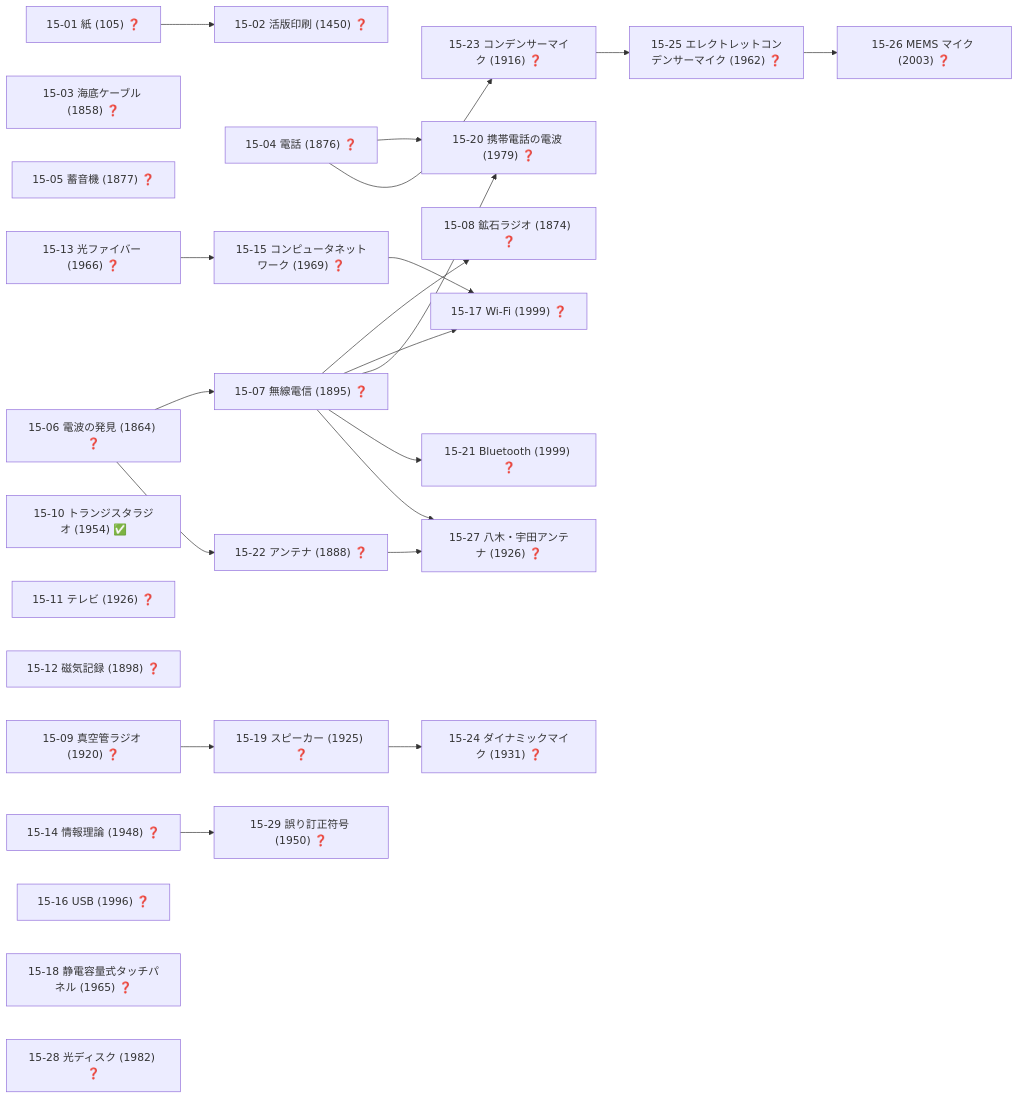
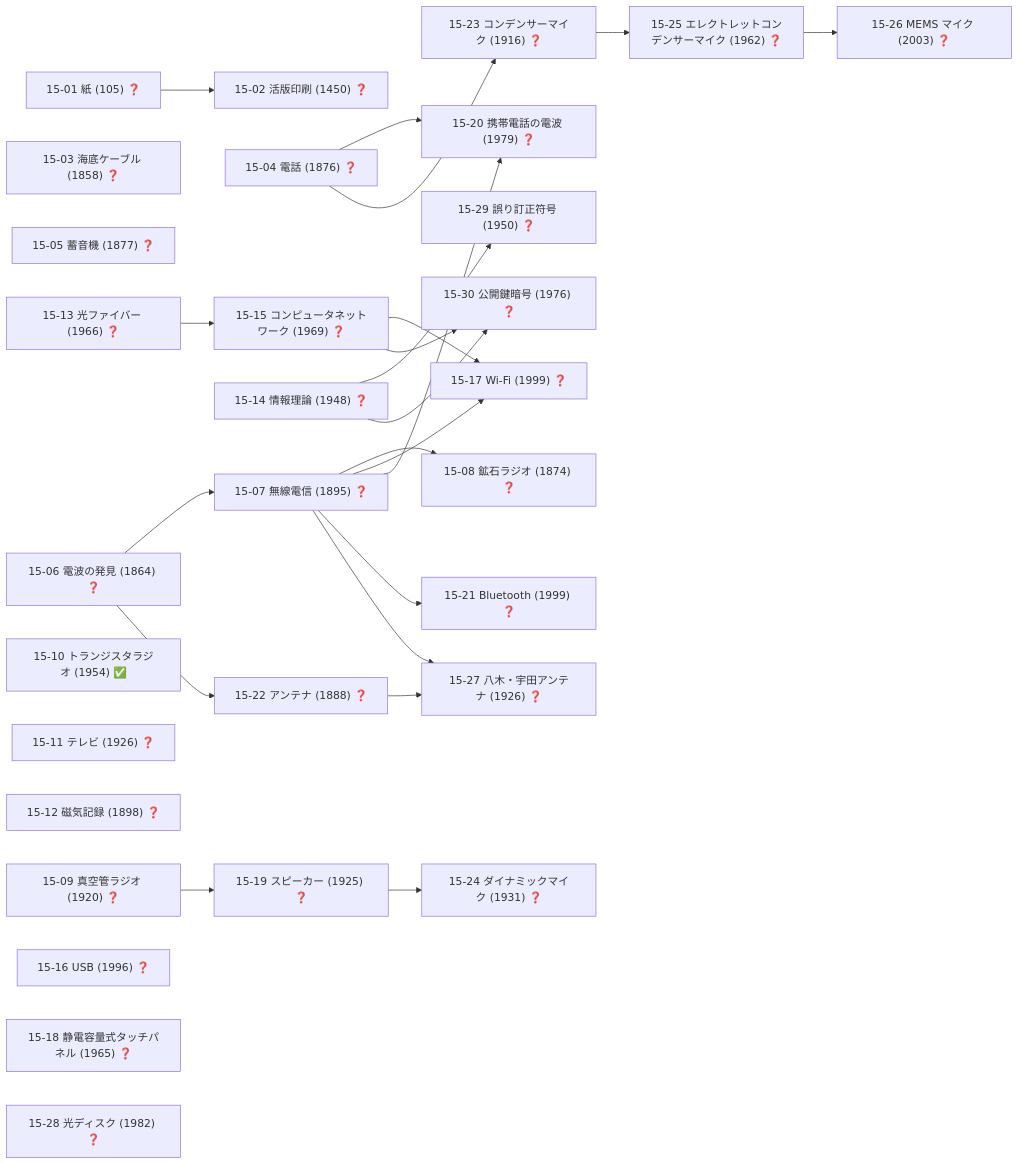
Before and after one commit to taku3i0317-collab/semiconductor-lab: diagram 18 of 19 in docs/TECH_TREE_VIEW.md, drawn with Mermaid. The commit also changed other lines of this file and 6 other files, not shown here.

````diff
--- a/docs/TECH_TREE_VIEW.md
+++ b/docs/TECH_TREE_VIEW.md
@@ -940,50 +941,53 @@
 ```mermaid
 graph LR
   n15_01["15-01 紙 (105) ❓"]
   n15_02["15-02 活版印刷 (1450) ❓"]
   n15_03["15-03 海底ケーブル (1858) ❓"]
   n15_04["15-04 電話 (1876) ❓"]
   n15_05["15-05 蓄音機 (1877) ❓"]
   n15_06["15-06 電波の発見 (1864) ❓"]
   n15_07["15-07 無線電信 (1895) ❓"]
   n15_08["15-08 鉱石ラジオ (1874) ❓"]
   n15_09["15-09 真空管ラジオ (1920) ❓"]
   n15_10["15-10 トランジスタラジオ (1954) ✅"]
   n15_11["15-11 テレビ (1926) ❓"]
   n15_12["15-12 磁気記録 (1898) ❓"]
   n15_13["15-13 光ファイバー (1966) ❓"]
   n15_14["15-14 情報理論 (1948) ❓"]
   n15_15["15-15 コンピュータネットワーク (1969) ❓"]
   n15_16["15-16 USB (1996) ❓"]
   n15_17["15-17 Wi-Fi (1999) ❓"]
   n15_18["15-18 静電容量式タッチパネル (1965) ❓"]
   n15_19["15-19 スピーカー (1925) ❓"]
   n15_20["15-20 携帯電話の電波 (1979) ❓"]
   n15_21["15-21 Bluetooth (1999) ❓"]
   n15_22["15-22 アンテナ (1888) ❓"]
   n15_23["15-23 コンデンサーマイク (1916) ❓"]
   n15_24["15-24 ダイナミックマイク (1931) ❓"]
   n15_25["15-25 エレクトレットコンデンサーマイク (1962) ❓"]
   n15_26["15-26 MEMS マイク (2003) ❓"]
   n15_27["15-27 八木・宇田アンテナ (1926) ❓"]
   n15_28["15-28 光ディスク (1982) ❓"]
   n15_29["15-29 誤り訂正符号 (1950) ❓"]
+  n15_30["15-30 公開鍵暗号 (1976) ❓"]
   n15_01-->n15_02
   n15_06-->n15_07
   n15_07-->n15_08
   n15_13-->n15_15
   n15_07-->n15_17
   n15_15-->n15_17
   n15_09-->n15_19
   n15_04-->n15_20
   n15_07-->n15_20
   n15_07-->n15_21
   n15_06-->n15_22
   n15_04-->n15_23
   n15_19-->n15_24
   n15_23-->n15_25
   n15_25-->n15_26
   n15_07-->n15_27
   n15_22-->n15_27
   n15_14-->n15_29
+  n15_14-->n15_30
+  n15_15-->n15_30
 ```
````
